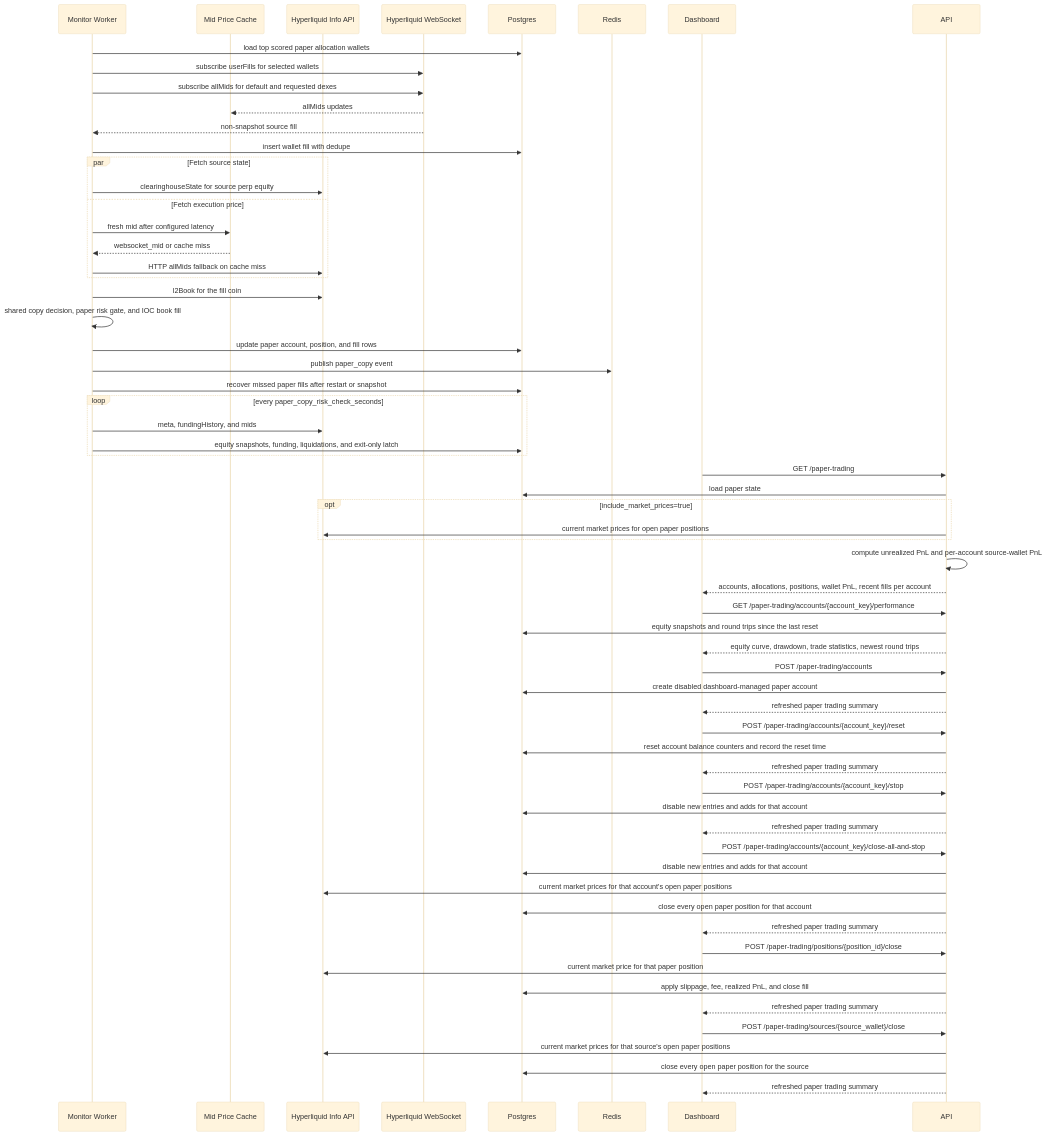
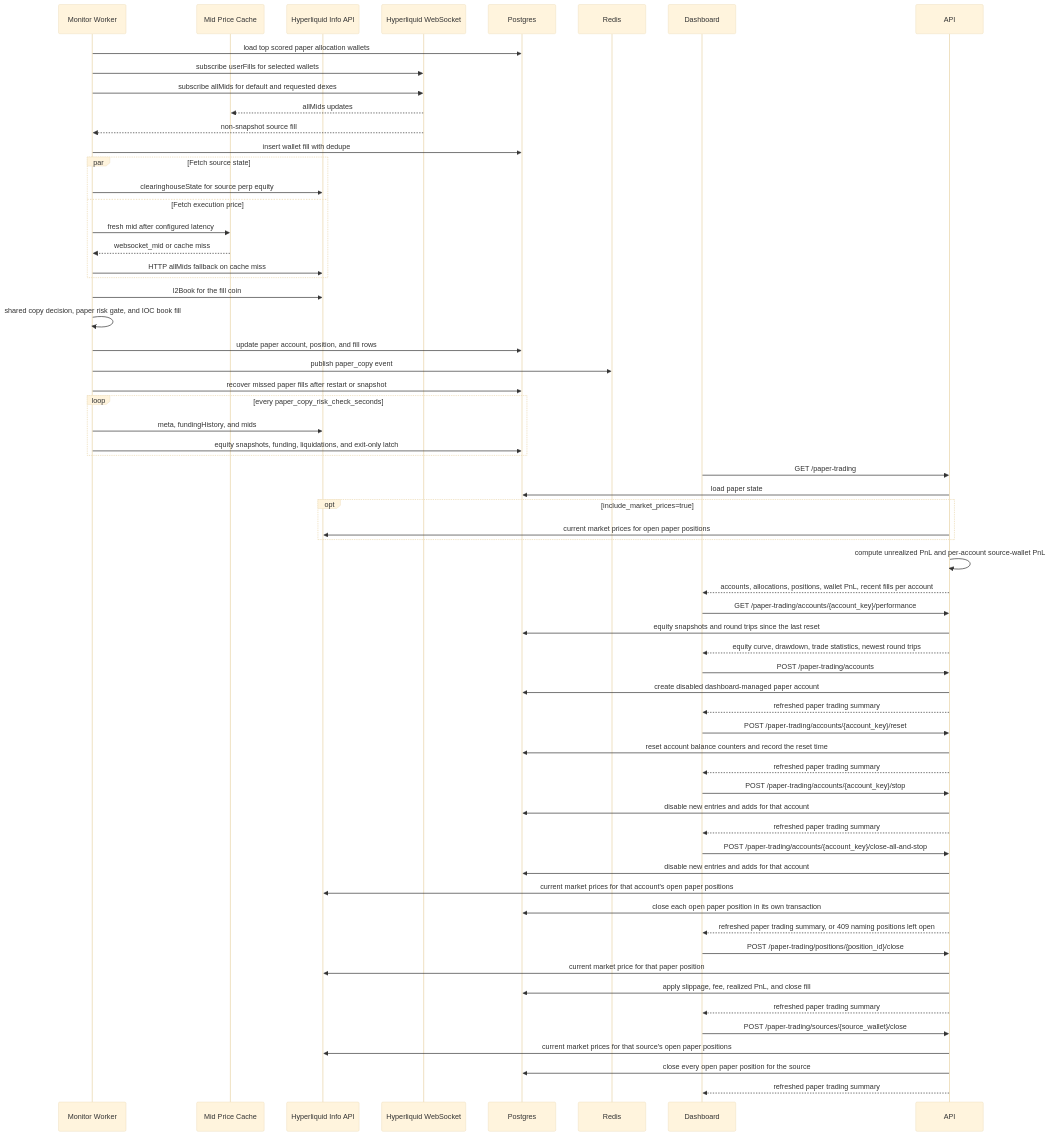
Before and after one commit to DrottPoker/copytrading-agent: the tenth of 10 diagrams in docs/architecture.md, drawn with Mermaid (base theme). The commit also changed other lines of this file and 10 other files, not shown here.

First line of the commit message:
Close paper positions one at a time and add Close all to open positions

````diff
--- a/docs/architecture.md
+++ b/docs/architecture.md
@@ -1125,65 +1125,65 @@
 ```mermaid
 sequenceDiagram
   participant Worker as Monitor Worker
   participant PriceCache as Mid Price Cache
   participant HL as Hyperliquid Info API
   participant WS as Hyperliquid WebSocket
   participant DB as Postgres
   participant Redis as Redis
   participant UI as Dashboard
 
   Worker->>DB: load top scored paper allocation wallets
   Worker->>WS: subscribe userFills for selected wallets
   Worker->>WS: subscribe allMids for default and requested dexes
   WS-->>PriceCache: allMids updates
   WS-->>Worker: non-snapshot source fill
   Worker->>DB: insert wallet fill with dedupe
   par Fetch source state
     Worker->>HL: clearinghouseState for source perp equity
   and Fetch execution price
     Worker->>PriceCache: fresh mid after configured latency
     PriceCache-->>Worker: websocket_mid or cache miss
     Worker->>HL: HTTP allMids fallback on cache miss
   end
   Worker->>HL: l2Book for the fill coin
   Worker->>Worker: shared copy decision, paper risk gate, and IOC book fill
   Worker->>DB: update paper account, position, and fill rows
   Worker->>Redis: publish paper_copy event
   Worker->>DB: recover missed paper fills after restart or snapshot
   loop every paper_copy_risk_check_seconds
     Worker->>HL: meta, fundingHistory, and mids
     Worker->>DB: equity snapshots, funding, liquidations, and exit-only latch
   end
   UI->>API: GET /paper-trading
   API->>DB: load paper state
   opt include_market_prices=true
     API->>HL: current market prices for open paper positions
   end
   API->>API: compute unrealized PnL and per-account source-wallet PnL
   API-->>UI: accounts, allocations, positions, wallet PnL, recent fills per account
   UI->>API: GET /paper-trading/accounts/{account_key}/performance
   API->>DB: equity snapshots and round trips since the last reset
   API-->>UI: equity curve, drawdown, trade statistics, newest round trips
   UI->>API: POST /paper-trading/accounts
   API->>DB: create disabled dashboard-managed paper account
   API-->>UI: refreshed paper trading summary
   UI->>API: POST /paper-trading/accounts/{account_key}/reset
   API->>DB: reset account balance counters and record the reset time
   API-->>UI: refreshed paper trading summary
   UI->>API: POST /paper-trading/accounts/{account_key}/stop
   API->>DB: disable new entries and adds for that account
   API-->>UI: refreshed paper trading summary
   UI->>API: POST /paper-trading/accounts/{account_key}/close-all-and-stop
   API->>DB: disable new entries and adds for that account
   API->>HL: current market prices for that account's open paper positions
-  API->>DB: close every open paper position for that account
-  API-->>UI: refreshed paper trading summary
+  API->>DB: close each open paper position in its own transaction
+  API-->>UI: refreshed paper trading summary, or 409 naming positions left open
   UI->>API: POST /paper-trading/positions/{position_id}/close
   API->>HL: current market price for that paper position
   API->>DB: apply slippage, fee, realized PnL, and close fill
   API-->>UI: refreshed paper trading summary
   UI->>API: POST /paper-trading/sources/{source_wallet}/close
   API->>HL: current market prices for that source's open paper positions
   API->>DB: close every open paper position for the source
   API-->>UI: refreshed paper trading summary
 ```
````
